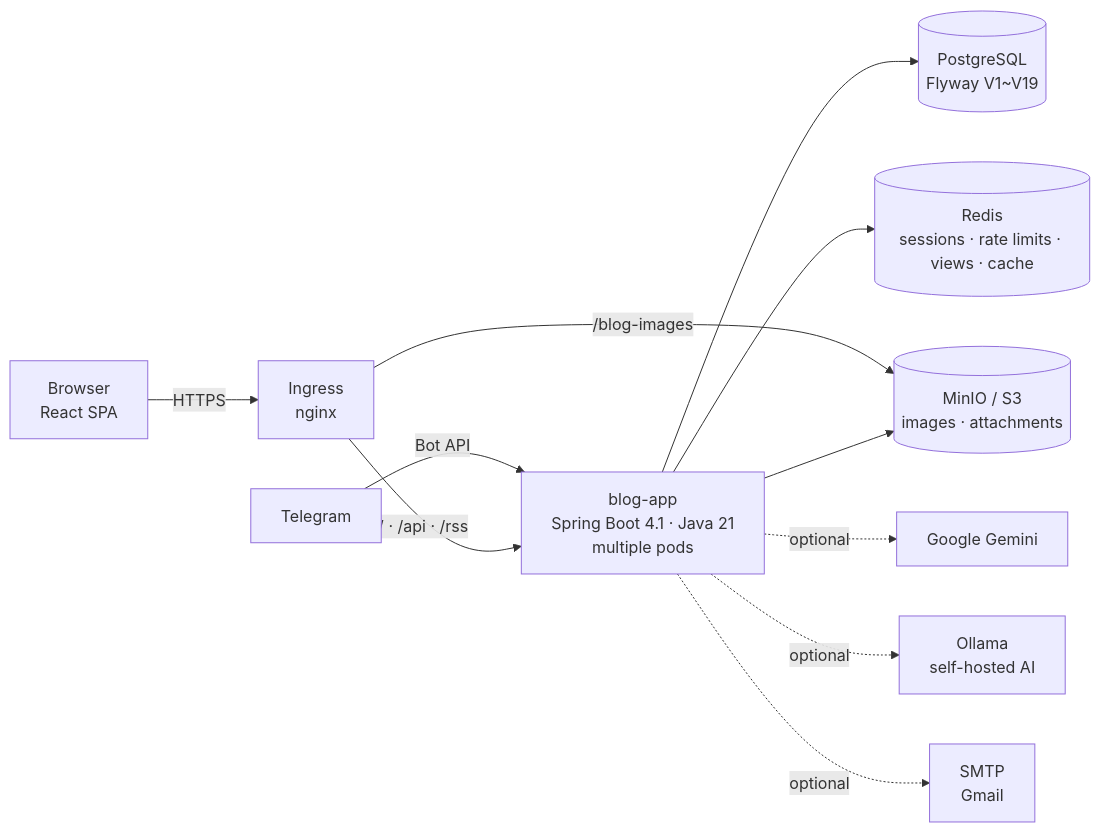
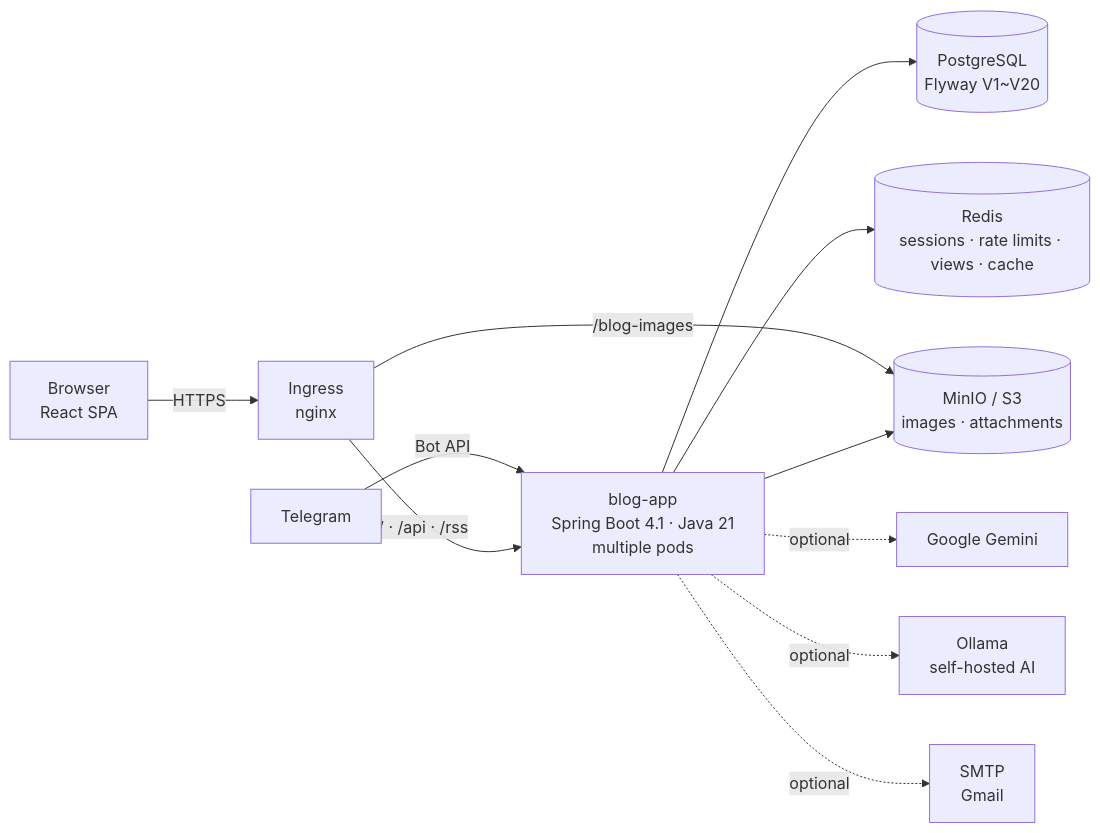
The first of 3 diagrams in README.en.md (AIGJ-01-002-blog/Devlog), drawn with Mermaid before and after one commit. The commit also changed other lines of this file and 27 other files, not shown here.

````diff
--- a/README.en.md
+++ b/README.en.md
@@ -151,13 +151,13 @@
 ```mermaid
 flowchart LR
     B[Browser<br/>React SPA] -->|HTTPS| I[Ingress<br/>nginx]
     T[Telegram] -->|Bot API| A
     I -->|/ · /api · /rss| A[blog-app<br/>Spring Boot 4.1 · Java 21<br/>multiple pods]
     I -->|/blog-images| M[(MinIO / S3<br/>images · attachments)]
-    A --> P[(PostgreSQL<br/>Flyway V1~V19)]
+    A --> P[(PostgreSQL<br/>Flyway V1~V20)]
     A --> R[(Redis<br/>sessions · rate limits · views · cache)]
     A --> M
     A -.optional.-> G[Google Gemini]
     A -.optional.-> O[Ollama<br/>self-hosted AI]
     A -.optional.-> S[SMTP<br/>Gmail]
 ```
````
